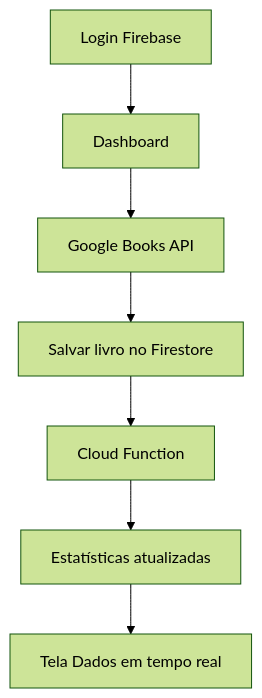
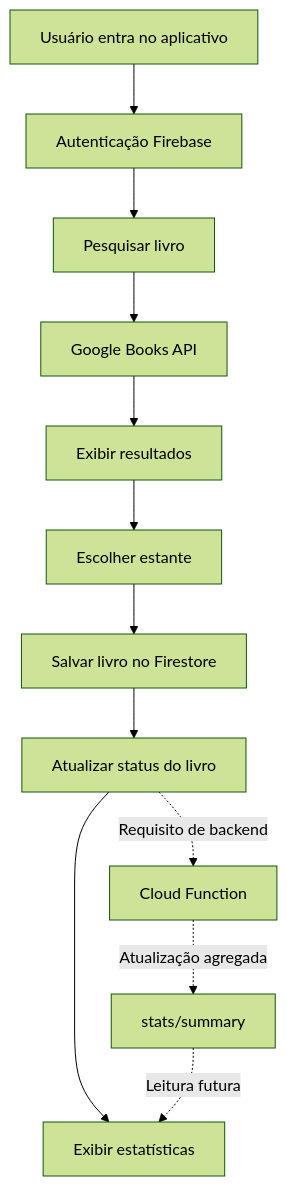
The diagram in README.md (Laura-2212/book_nook), drawn with Mermaid (forest theme) before and after one commit. The commit also changed other lines of this file, not shown here.

````diff
--- a/README.md
+++ b/README.md
@@ -37,9 +258,14 @@
 ```mermaid
 flowchart TD
- A[Login Firebase] --> B[Dashboard]
- B --> C[Google Books API]
- C --> D[Salvar livro no Firestore]
- D --> E[Cloud Function]
- E --> F[Estatísticas atualizadas]
- F --> G[Tela Dados em tempo real]
+    A[Usuário entra no aplicativo] --> B[Autenticação Firebase]
+    B --> C[Pesquisar livro]
+    C --> D[Google Books API]
+    D --> E[Exibir resultados]
+    E --> F[Escolher estante]
+    F --> G[Salvar livro no Firestore]
+    G --> H[Atualizar status do livro]
+    H --> I[Exibir estatísticas]
+    H -. Requisito de backend .-> J[Cloud Function]
+    J -. Atualização agregada .-> K[stats/summary]
+    K -. Leitura futura .-> I
 ```
````
